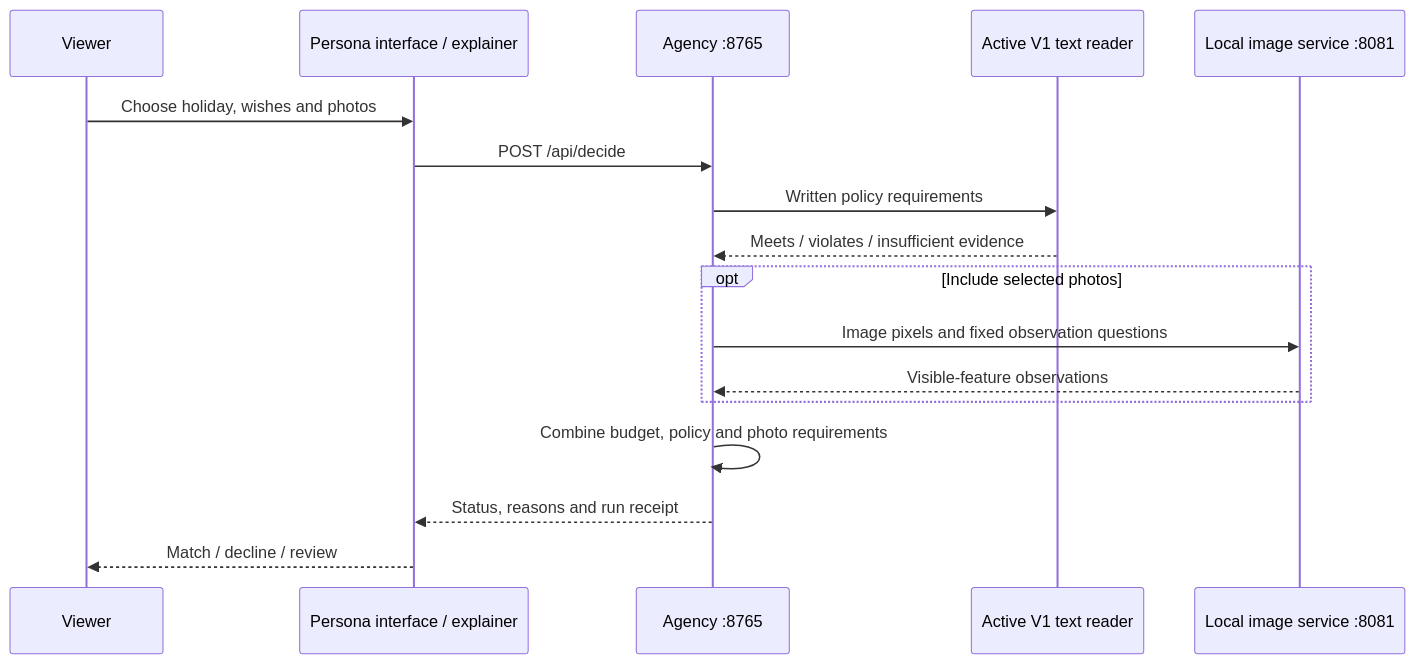
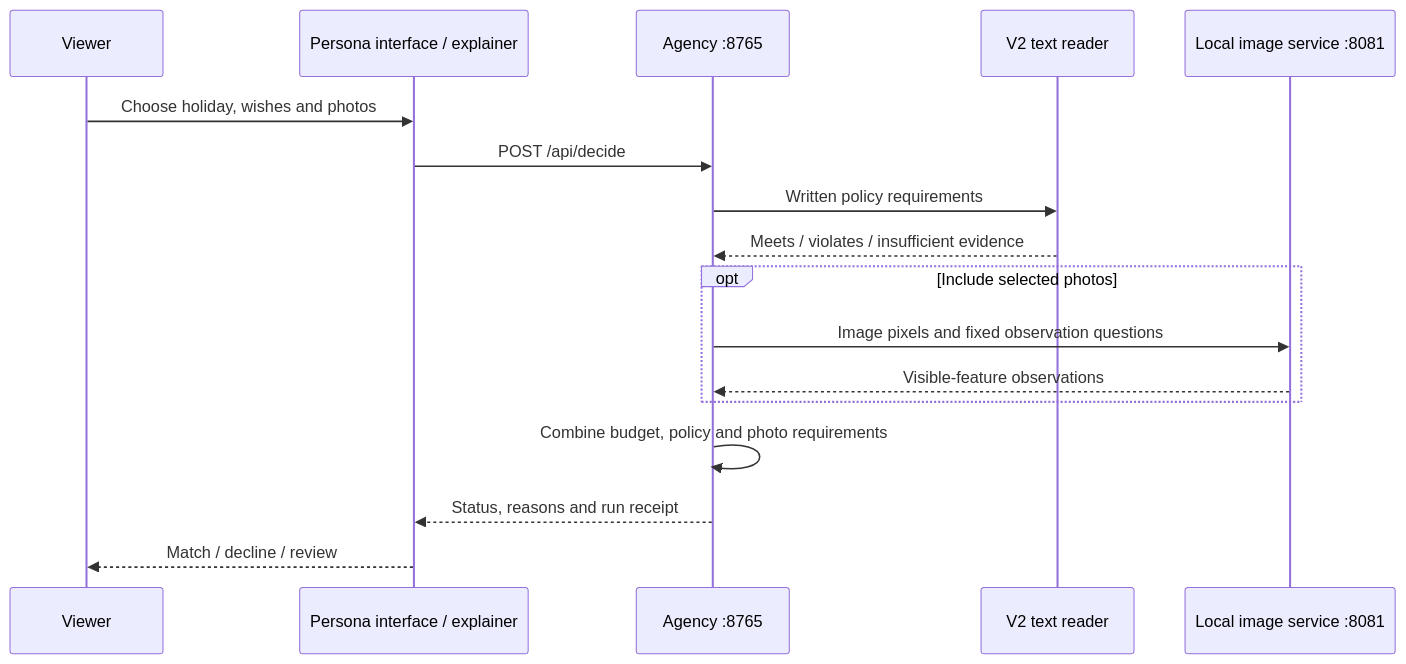
The diagram in docs/ARCHITECTURE.md (earlyaidopters/away-together), drawn with Mermaid before and after one commit. The commit also changed 44 other files, not shown here.

````diff
--- a/docs/ARCHITECTURE.md
+++ b/docs/ARCHITECTURE.md
@@ -5,19 +5,19 @@
 ```mermaid
 sequenceDiagram
     participant Viewer
     participant UI as Persona interface / explainer
     participant Agency as Agency :8765
-    participant Text as Active V1 text reader
+    participant Text as V2 text reader
     participant Vision as Local image service :8081
     Viewer->>UI: Choose holiday, wishes and photos
     UI->>Agency: POST /api/decide
     Agency->>Text: Written policy requirements
     Text-->>Agency: Meets / violates / insufficient evidence
     opt Include selected photos
         Agency->>Vision: Image pixels and fixed observation questions
         Vision-->>Agency: Visible-feature observations
     end
     Agency->>Agency: Combine budget, policy and photo requirements
     Agency-->>UI: Status, reasons and run receipt
     UI-->>Viewer: Match / decline / review
 ```
````
